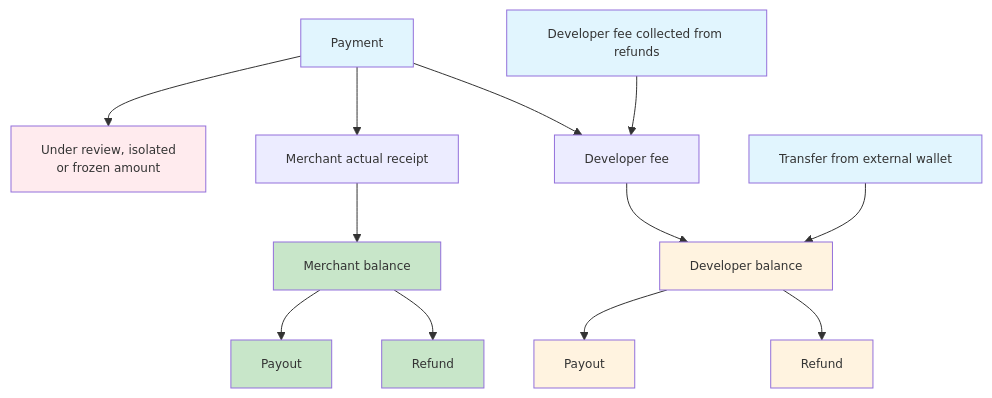
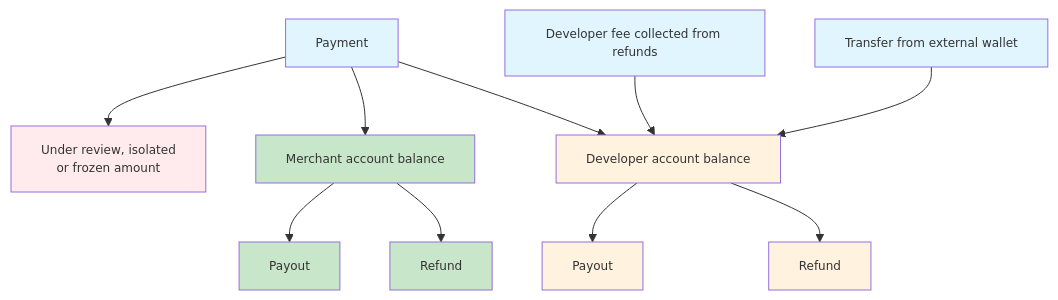
The fifth of 5 diagrams in payments/en/guides/amounts-and-balances.mdx (CoboGlobal/payments-manual), drawn with Mermaid before and after one commit. The commit also changed other lines of this file and 5 other files, not shown here.

````diff
--- a/payments/en/guides/amounts-and-balances.mdx
+++ b/payments/en/guides/amounts-and-balances.mdx
@@ -167,32 +158,29 @@
 ```mermaid
 %%{init: {'themeVariables': { 'fontSize': '12px'}}}%%
 graph TD
     A[Payment]
     
     A --> L[Under review, isolated<br>or frozen amount]
-    A --> D[Merchant actual receipt]
-    A --> E[Developer fee]
-    
-    D --> F[Merchant balance]
-    E --> G[Developer balance]
+    A --> F[Merchant account balance]
+    A --> G[Developer account balance]
     
     F --> H[Payout]
     F --> I[Refund]
     
     G --> J[Payout]
     G --> K[Refund]
     
-    M[Developer fee collected from refunds] --> E
+    M[Developer fee collected from refunds] --> G
     P[Transfer from external wallet] --> G
     
     style A fill:#e1f5fe
     style F fill:#c8e6c9
     style G fill:#fff3e0
     style H fill:#c8e6c9
     style I fill:#c8e6c9
     style J fill:#fff3e0
     style K fill:#fff3e0
     style M fill:#e1f5fe
     style L fill:#ffebee
     style P fill:#e1f5fe
 ```
````
